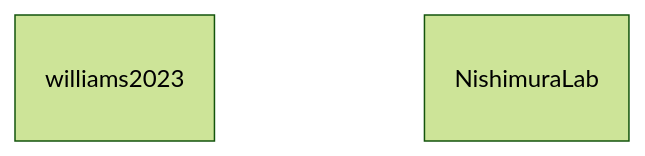
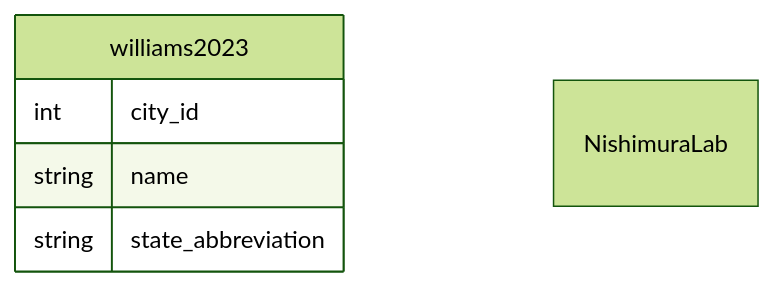
The diagram in README.md (meekrob/OnishRDB), drawn with Mermaid (forest theme) before and after one commit.

````diff
--- a/README.md
+++ b/README.md
@@ -86,6 +86,11 @@
 ```mermaid 
 erDiagram
-williams2023
+williams2023 {
+        int city_id
+        string name
+        string state_abbreviation
+    }
+
 NishimuraLab
 
 ```
````
